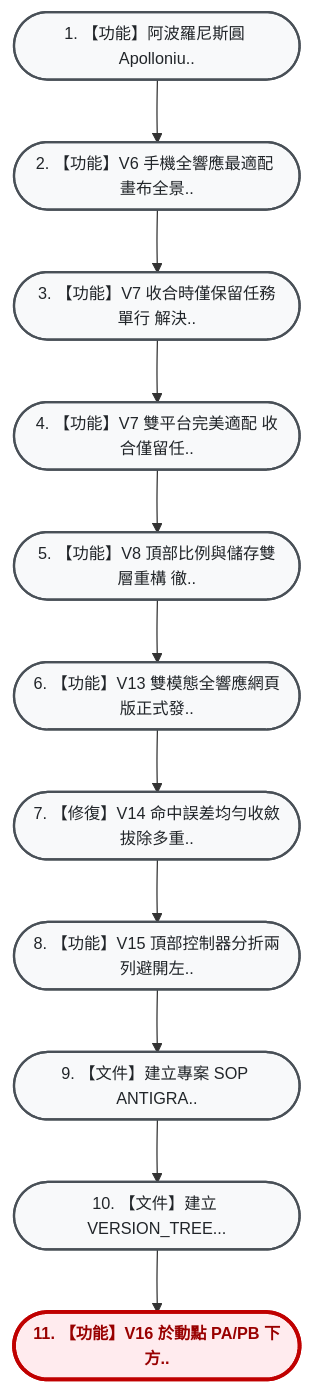
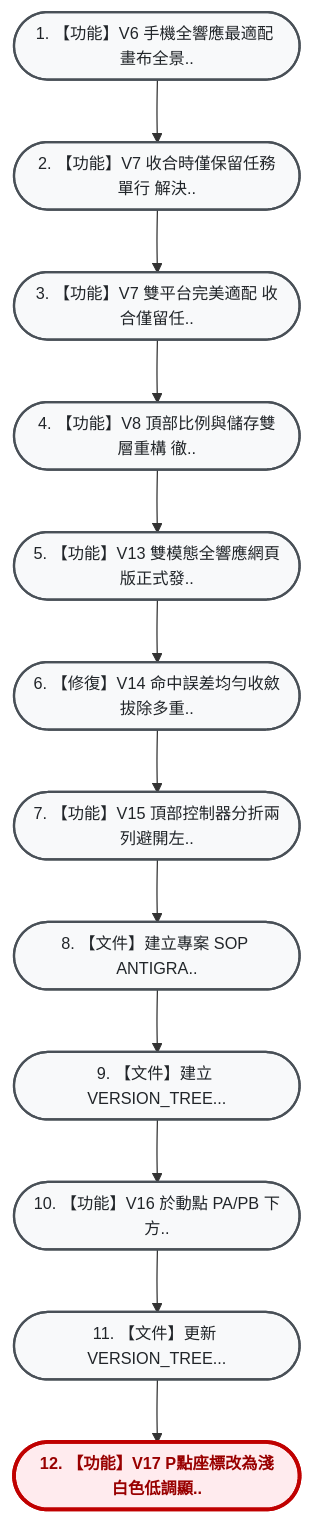
One commit to hjen8/apollonius changed the diagram in VERSION_TREE.md. Above: the diagram before and after it, drawn with Mermaid. The commit also changed other lines of this file, not shown here.

Commit message:
docs: 更新 VERSION_TREE.md 記錄 V17 分子亮黃色與P點淺白座標

````diff
--- a/VERSION_TREE.md
+++ b/VERSION_TREE.md
@@ -13,30 +13,32 @@
 ```mermaid
 flowchart TD
     %% 雙壁版本樹專用視覺化配色風格 (由上而下 TD 垂直大字純中文版)
     classDef default fill:#f8f9fa,stroke:#495057,stroke-width:1.8px,color:#212529,font-size:13px;
     classDef current fill:#ffebee,stroke:#c00000,stroke-width:3px,color:#900,font-weight:bold,font-size:13px;
     classDef mergeNode fill:#e3f2fd,stroke:#1565c0,stroke-width:2px,color:#0d47a1,font-size:13px;
     classDef detour fill:#fff3e0,stroke:#e65100,stroke-width:2px,color:#b78103,font-size:13px;
     classDef transplant fill:#f3e5f5,stroke:#4a148c,stroke-width:2.5px,color:#4a148c,font-weight:bold,font-size:13px;
-    n_dd774c2(["1. 【功能】阿波羅尼斯圓 Apolloniu.."]):::default
-    n_8d1e47c(["2. 【功能】V6 手機全響應最適配 畫布全景.."]):::default
-    n_e014cd9(["3. 【功能】V7 收合時僅保留任務單行 解決.."]):::default
-    n_d5b2657(["4. 【功能】V7 雙平台完美適配 收合僅留任.."]):::default
-    n_1d9f205(["5. 【功能】V8 頂部比例與儲存雙層重構 徹.."]):::default
-    n_1bfc99a(["6. 【功能】V13 雙模態全響應網頁版正式發.."]):::default
-    n_e6e8bc3(["7. 【修復】V14 命中誤差均勻收斂拔除多重.."]):::default
-    n_d2e2b42(["8. 【功能】V15 頂部控制器分折兩列避開左.."]):::default
-    n_127d7f7(["9. 【文件】建立專案 SOP ANTIGRA.."]):::default
-    n_6b66723(["10. 【文件】建立 VERSION_TREE..."]):::default
-    n_18fe5fb(["11. 【功能】V16 於動點 PA/PB 下方.."]):::current
-    n_dd774c2 --> n_8d1e47c
+    n_8d1e47c(["1. 【功能】V6 手機全響應最適配 畫布全景.."]):::default
+    n_e014cd9(["2. 【功能】V7 收合時僅保留任務單行 解決.."]):::default
+    n_d5b2657(["3. 【功能】V7 雙平台完美適配 收合僅留任.."]):::default
+    n_1d9f205(["4. 【功能】V8 頂部比例與儲存雙層重構 徹.."]):::default
+    n_1bfc99a(["5. 【功能】V13 雙模態全響應網頁版正式發.."]):::default
+    n_e6e8bc3(["6. 【修復】V14 命中誤差均勻收斂拔除多重.."]):::default
+    n_d2e2b42(["7. 【功能】V15 頂部控制器分折兩列避開左.."]):::default
+    n_127d7f7(["8. 【文件】建立專案 SOP ANTIGRA.."]):::default
+    n_6b66723(["9. 【文件】建立 VERSION_TREE..."]):::default
+    n_18fe5fb(["10. 【功能】V16 於動點 PA/PB 下方.."]):::default
+    n_7a0bbee(["11. 【文件】更新 VERSION_TREE..."]):::default
+    n_76e7790(["12. 【功能】V17 P點座標改為淺白色低調顯.."]):::current
     n_8d1e47c --> n_e014cd9
     n_e014cd9 --> n_d5b2657
     n_d5b2657 --> n_1d9f205
     n_1d9f205 --> n_1bfc99a
     n_1bfc99a --> n_e6e8bc3
     n_e6e8bc3 --> n_d2e2b42
     n_d2e2b42 --> n_127d7f7
     n_127d7f7 --> n_6b66723
     n_6b66723 --> n_18fe5fb
+    n_18fe5fb --> n_7a0bbee
+    n_7a0bbee --> n_76e7790
 ```
````
